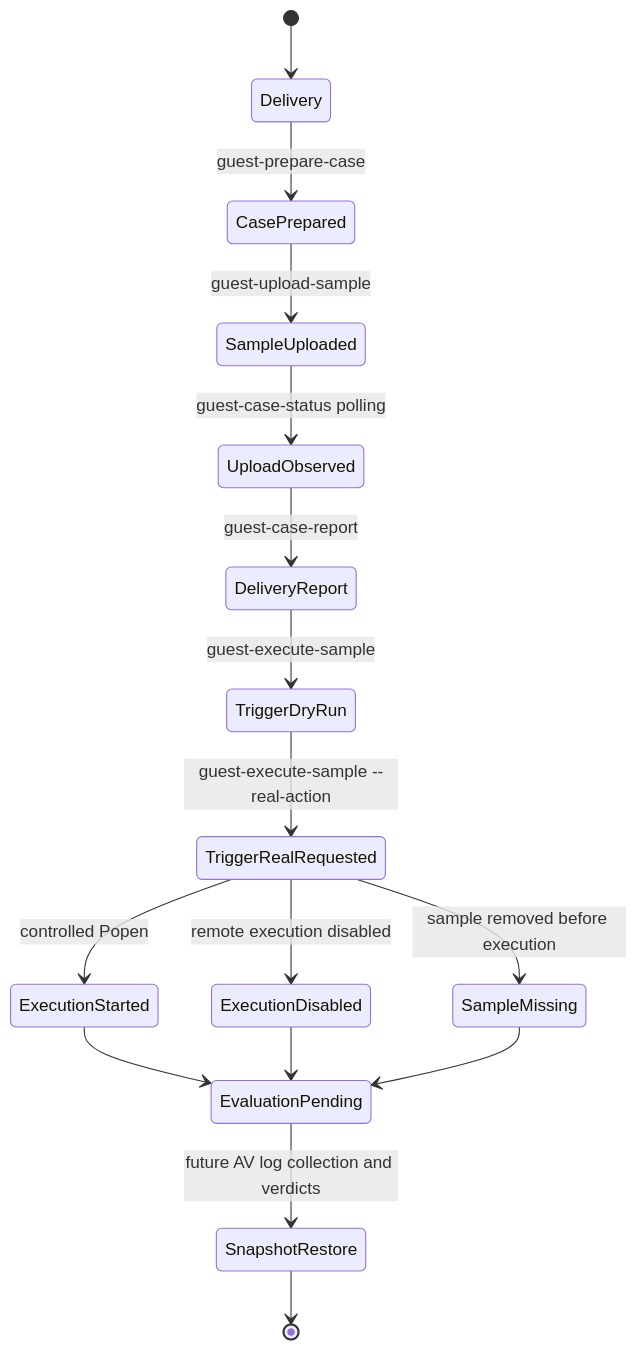
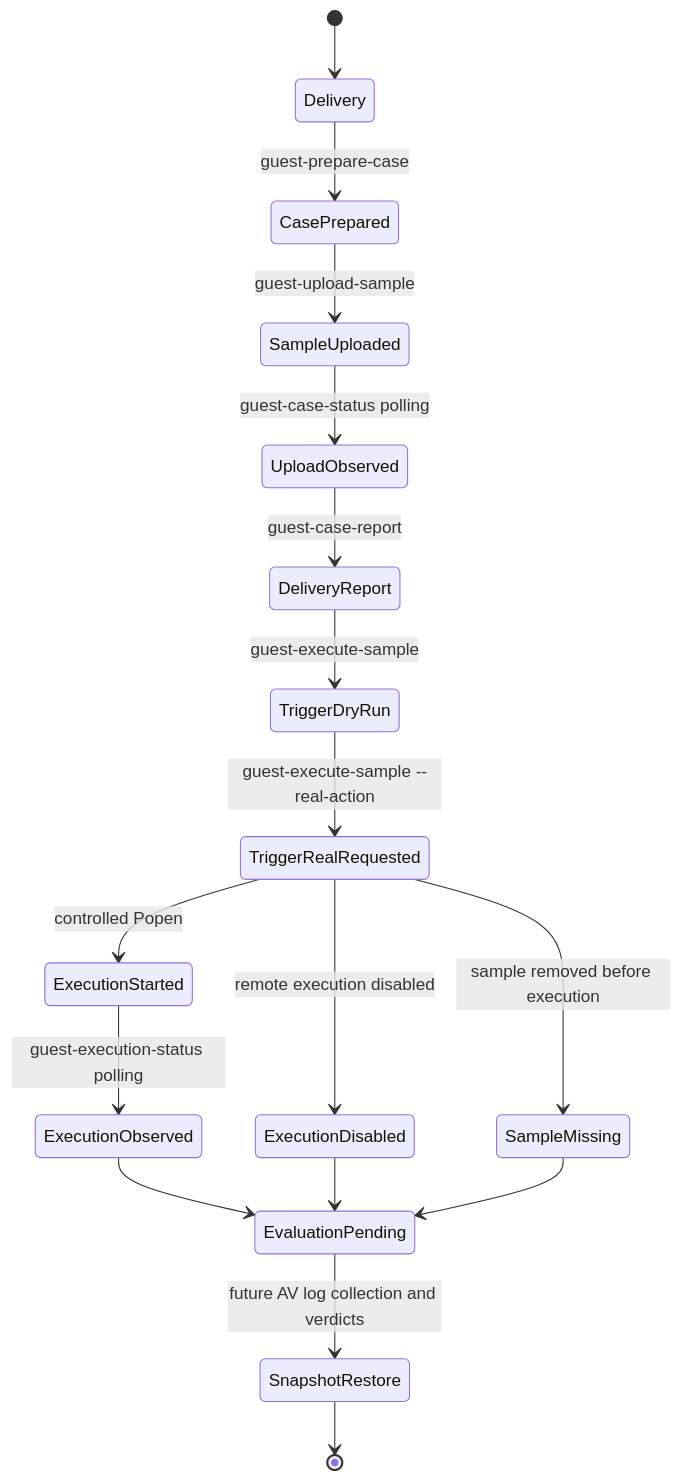
Before and after one commit to ParleStargazer/Cloud-AV-Agent-Lab: the second of 2 diagrams in docs/ARCHITECTURE.md, drawn with Mermaid. The commit also changed other lines of this file and 13 other files, not shown here.

Commit message:
Add execution status polling for guest agent

````diff
--- a/docs/ARCHITECTURE.md
+++ b/docs/ARCHITECTURE.md
@@ -30,20 +31,21 @@
 ```mermaid
 stateDiagram-v2
     [*] --> Delivery
     Delivery --> CasePrepared: guest-prepare-case
     CasePrepared --> SampleUploaded: guest-upload-sample
     SampleUploaded --> UploadObserved: guest-case-status polling
     UploadObserved --> DeliveryReport: guest-case-report
 
     DeliveryReport --> TriggerDryRun: guest-execute-sample
     TriggerDryRun --> TriggerRealRequested: guest-execute-sample --real-action
     TriggerRealRequested --> ExecutionDisabled: remote execution disabled
     TriggerRealRequested --> SampleMissing: sample removed before execution
     TriggerRealRequested --> ExecutionStarted: controlled Popen
 
-    ExecutionStarted --> EvaluationPending
+    ExecutionStarted --> ExecutionObserved: guest-execution-status polling
+    ExecutionObserved --> EvaluationPending
     ExecutionDisabled --> EvaluationPending
     SampleMissing --> EvaluationPending
     EvaluationPending --> SnapshotRestore: future AV log collection and verdicts
     SnapshotRestore --> [*]
 ```
````
